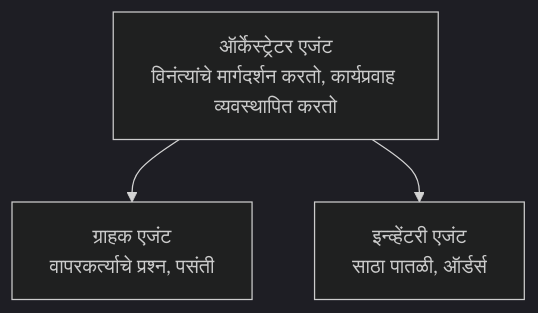
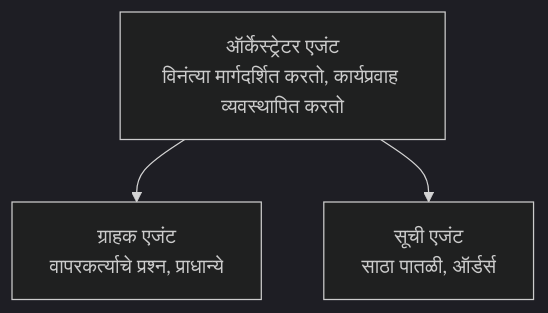
Before and after one commit to microsoft/AZD-for-beginners: the diagram in translations/mr/docs/chapter-05-multi-agent/README.md, drawn with Mermaid (dark theme). The commit also changed other lines of this file and 62 other files, not shown here.

````diff
--- a/translations/mr/docs/chapter-05-multi-agent/README.md
+++ b/translations/mr/docs/chapter-05-multi-agent/README.md
@@ -54,5 +54,5 @@
 ```mermaid
 graph TD
-    Orchestrator[ऑर्केस्ट्रेटर एजंट<br/>विनंत्यांचे मार्गदर्शन करतो, कार्यप्रवाह व्यवस्थापित करतो] --> Customer[ग्राहक एजंट<br/>वापरकर्त्याचे प्रश्न, पसंती]
-    Orchestrator --> Inventory[इन्व्हेंटरी एजंट<br/>साठा पातळी, ऑर्डर्स]
+    Orchestrator[ऑर्केस्ट्रेटर एजंट<br/>विनंत्या मार्गदर्शित करतो, कार्यप्रवाह व्यवस्थापित करतो] --> Customer[ग्राहक एजंट<br/>वापरकर्त्याचे प्रश्न, प्राधान्ये]
+    Orchestrator --> Inventory[सूची एजंट<br/>साठा पातळी, ऑर्डर्स]
 ```
````
